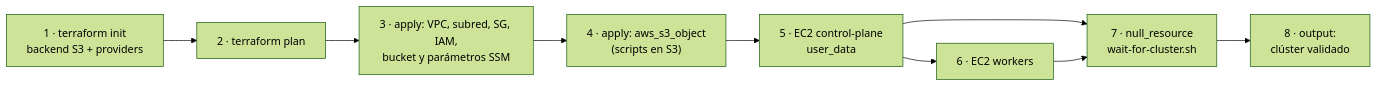
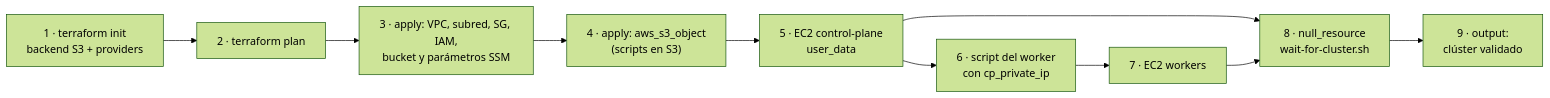
Before and after one commit to enaide/terraform-k8s-cluster: the fourth of 4 diagrams in README.md, drawn with Mermaid (forest theme). The commit also changed other lines of this file, not shown here.

````diff
--- a/README.md
+++ b/README.md
@@ -387,11 +444,12 @@
 ```mermaid
 flowchart LR
     A["1 · terraform init<br/>backend S3 + providers"] --> B["2 · terraform plan"]
     B --> C["3 · apply: VPC, subred, SG, IAM,<br/>bucket y parámetros SSM"]
     C --> D["4 · apply: aws_s3_object<br/>(scripts en S3)"]
     D --> E["5 · EC2 control-plane<br/>user_data"]
-    E --> F["6 · EC2 workers"]
-    E --> G["7 · null_resource<br/>wait-for-cluster.sh"]
+    E --> D2["6 · script del worker<br/>con cp_private_ip"]
+    D2 --> F["7 · EC2 workers"]
+    E --> G["8 · null_resource<br/>wait-for-cluster.sh"]
     F --> G
-    G --> H["8 · output:<br/>clúster validado"]
+    G --> H["9 · output:<br/>clúster validado"]
 ```
````
